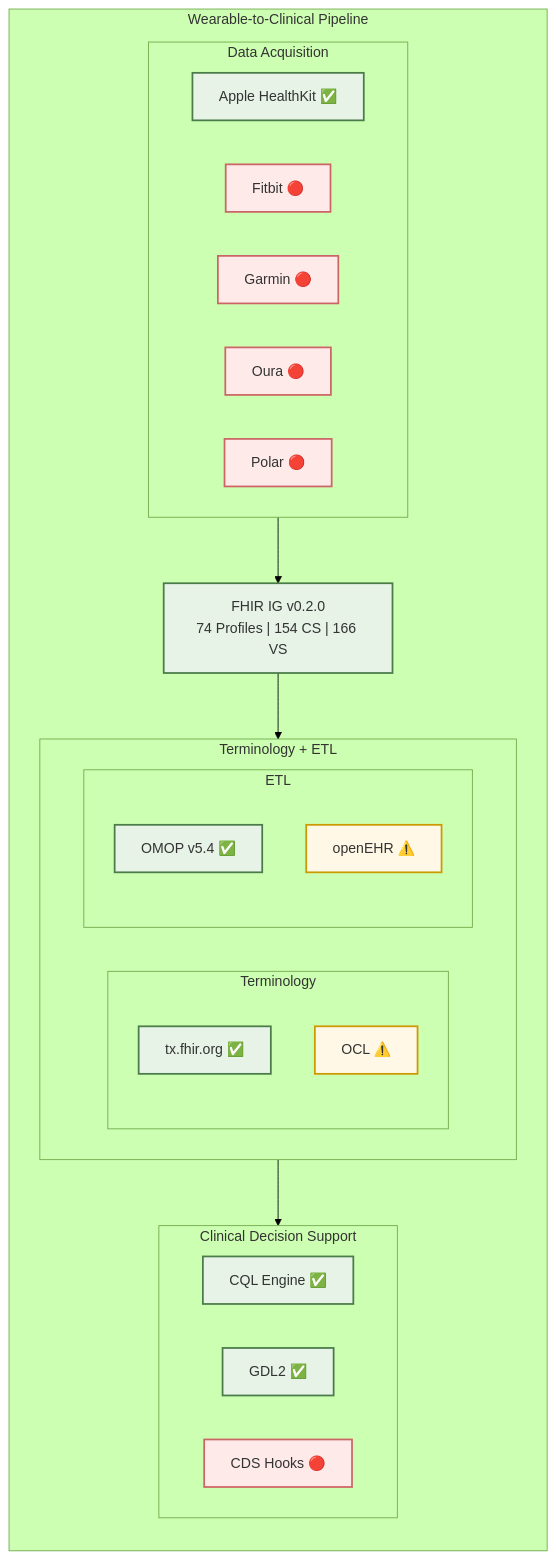
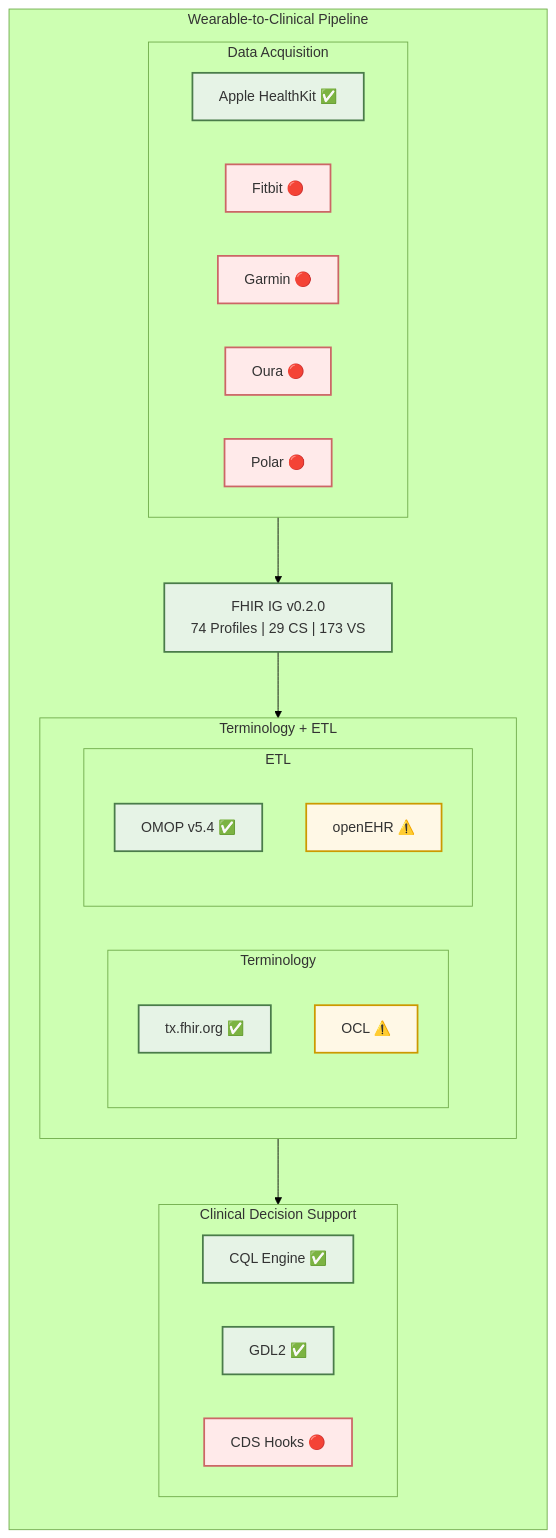
The first of 5 diagrams in README.md (RicardoLSantos/shorthand), drawn with Mermaid (forest theme) before and after one commit. The commit also changed other lines of this file and 129 other files, not shown here.

````diff
--- a/README.md
+++ b/README.md
@@ -30,48 +30,48 @@
 ```mermaid
 flowchart TB
     subgraph WP["Wearable-to-Clinical Pipeline"]
         direction TB
 
         subgraph TG1["Data Acquisition"]
             direction LR
             APPLE["Apple HealthKit ✅"]
             FITBIT["Fitbit 🔴"]
             GARMIN["Garmin 🔴"]
             OURA["Oura 🔴"]
             POLAR["Polar 🔴"]
         end
 
-        FHIRIG["FHIR IG v0.2.0<br/>74 Profiles | 154 CS | 166 VS"]
+        FHIRIG["FHIR IG v0.2.0<br/>74 Profiles | 29 CS | 173 VS"]
 
         subgraph TG2["Terminology + ETL"]
             direction LR
             subgraph TERM["Terminology"]
                 TXFHIR["tx.fhir.org ✅"]
                 OCL["OCL ⚠️"]
             end
             subgraph ETL["ETL"]
                 OMOP["OMOP v5.4 ✅"]
                 OPENEHR["openEHR ⚠️"]
             end
         end
 
         subgraph TG4["Clinical Decision Support"]
             direction LR
             CQL["CQL Engine ✅"]
             GDL2["GDL2 ✅"]
             CDSHOOKS["CDS Hooks 🔴"]
         end
     end
 
     TG1 --> FHIRIG
     FHIRIG --> TG2
     TG2 --> TG4
 
     classDef done fill:#e6f3e6,stroke:#4a7c4a,stroke-width:2px,color:#333
     classDef partial fill:#fff8e6,stroke:#cc9900,stroke-width:2px,color:#333
     classDef todo fill:#ffeaea,stroke:#cc6666,stroke-width:2px,color:#333
 
     class APPLE,FHIRIG,TXFHIR,OMOP,CQL,GDL2 done
     class OCL,OPENEHR partial
     class FITBIT,GARMIN,OURA,POLAR,CDSHOOKS todo
 ```
````
